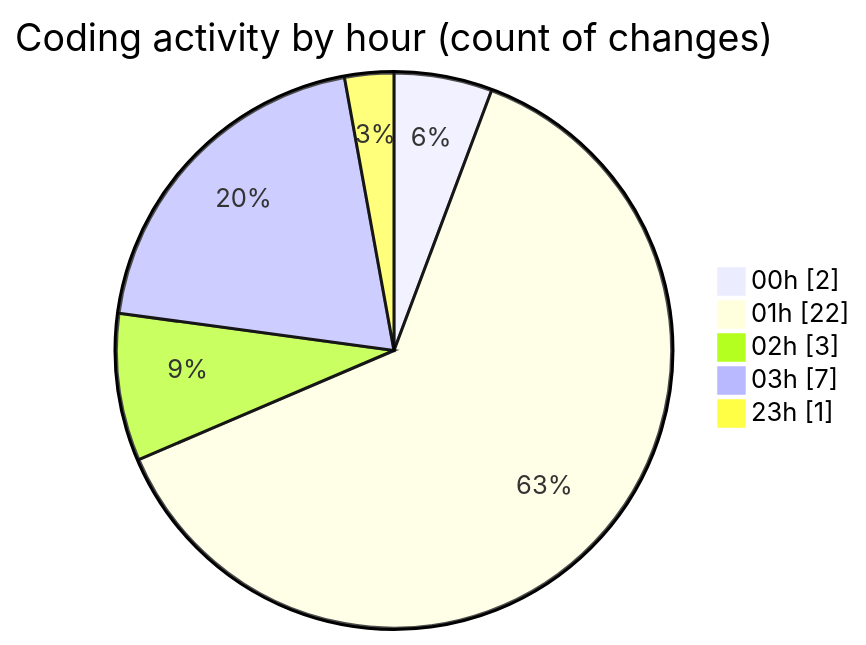
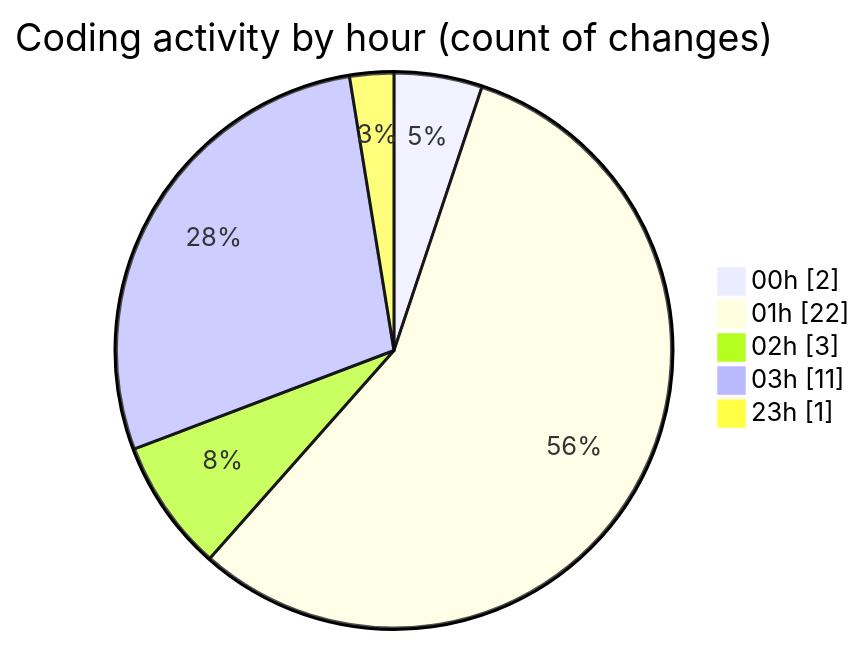
Before and after one commit to lephambinh05/code-tracking: the second of 2 diagrams in 2025-07-19/nhahang/README.md, drawn with Mermaid. The commit also changed other lines of this file and 1 other file, not shown here.

````diff
--- a/2025-07-19/nhahang/README.md
+++ b/2025-07-19/nhahang/README.md
@@ -42,9 +44,9 @@
 ```mermaid
 pie showData
 title Coding activity by hour (count of changes)
 "00h" : 2
 "01h" : 22
 "02h" : 3
-"03h" : 7
+"03h" : 11
 "23h" : 1
 ```
````
